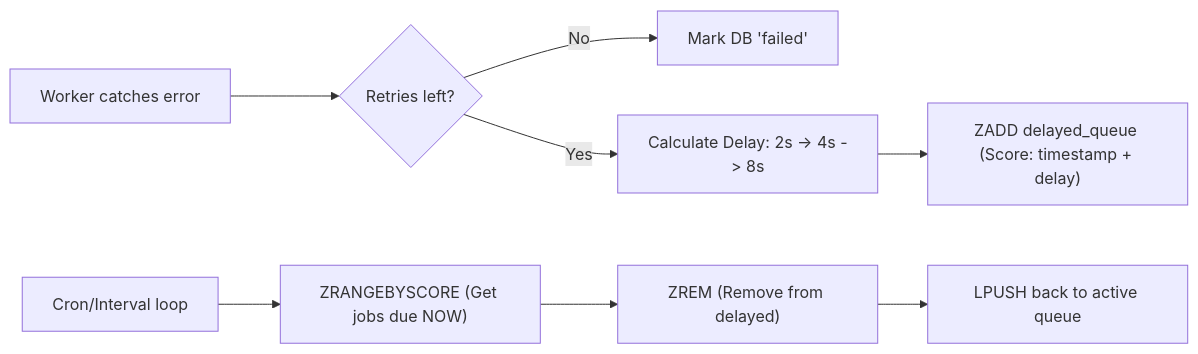
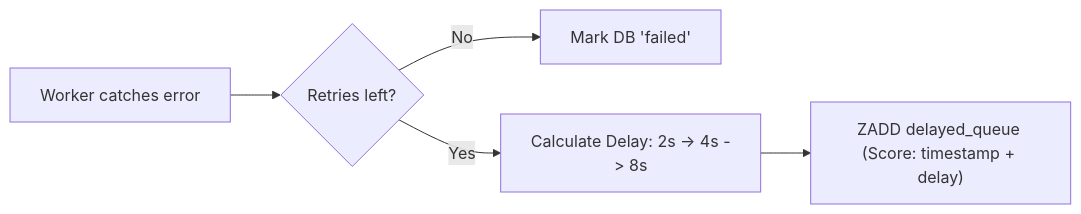
One commit to Aryns293/QueueFlow-prep changed the third of 3 diagrams in flow/1. End-To-End-Architecture-Flow.md. Above: the diagram before and after it, drawn with Mermaid. The commit also changed other lines of this file, not shown here.

Commit message:
Update flow doc with exhaustive manual actions, UI hydration, and maintenance cycle details

````diff
--- a/flow/1. End-To-End-Architecture-Flow.md
+++ b/flow/1. End-To-End-Architecture-Flow.md
@@ -121,11 +121,7 @@
 ```mermaid
 graph LR
     A[Worker catches error] --> B{Retries left?}
     B -- No --> C[Mark DB 'failed']
     B -- Yes --> D[Calculate Delay: 2s -> 4s -> 8s]
     D --> E["ZADD delayed_queue (Score: timestamp + delay)"]
-    
-    F["Cron/Interval loop"] --> G["ZRANGEBYSCORE (Get jobs due NOW)"]
-    G --> H["ZREM (Remove from delayed)"]
-    H --> I["LPUSH back to active queue"]
 ```
````
